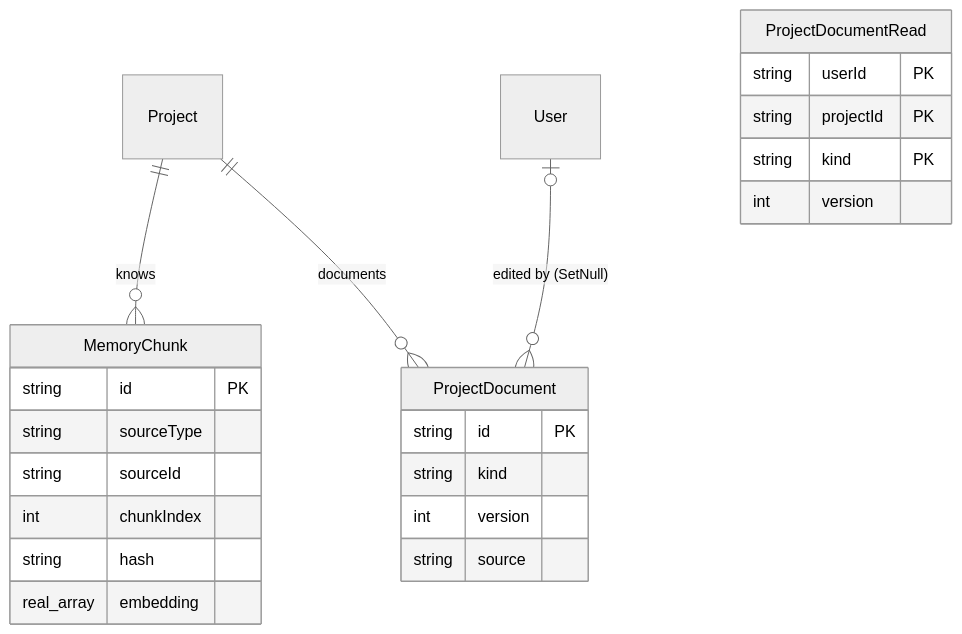
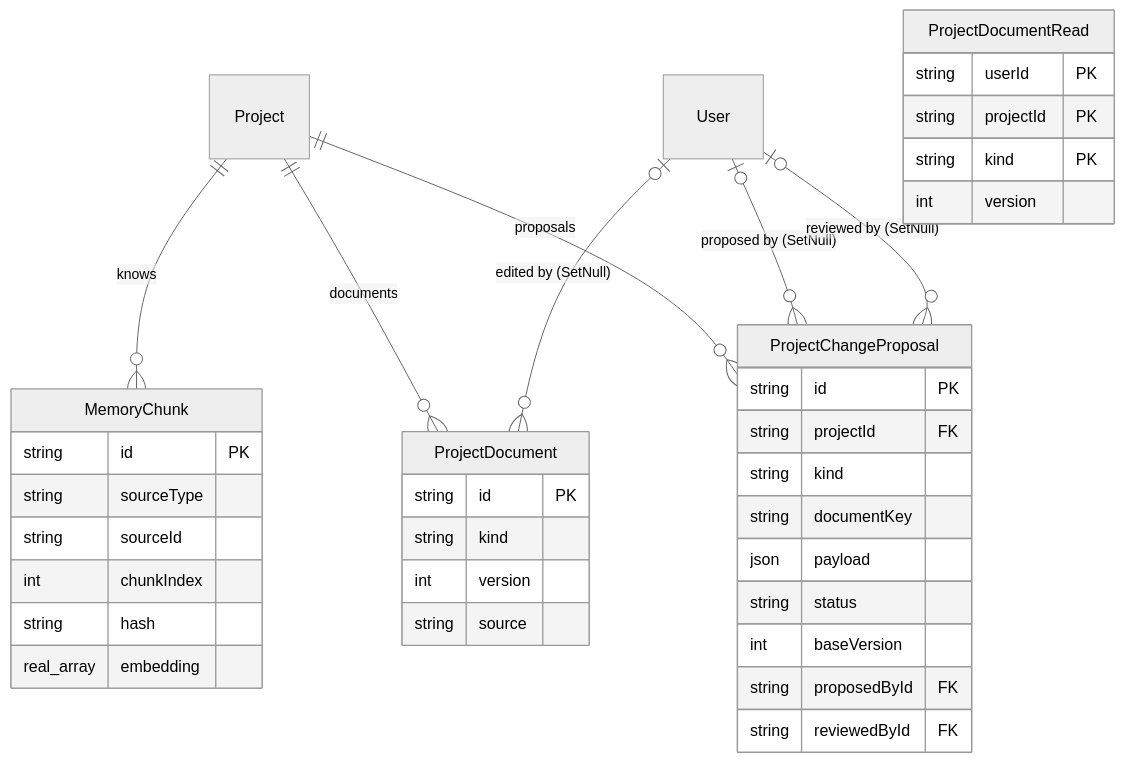
Before and after one commit to Prathameshppawar/taskforge: the tenth of 12 diagrams in docs/ER-DIAGRAM.md, drawn with Mermaid (neutral theme). The commit also changed other lines of this file and 9 other files, not shown here.

First line of the commit message:
docs: project documents, change proposals and the new tools

````diff
--- a/docs/ER-DIAGRAM.md
+++ b/docs/ER-DIAGRAM.md
@@ -577,27 +578,41 @@
 ```mermaid
 erDiagram
   Project ||--o{ MemoryChunk : knows
   Project ||--o{ ProjectDocument : documents
   User |o--o{ ProjectDocument : "edited by (SetNull)"
+  Project ||--o{ ProjectChangeProposal : proposals
+  User |o--o{ ProjectChangeProposal : "proposed by (SetNull)"
+  User |o--o{ ProjectChangeProposal : "reviewed by (SetNull)"
 
   MemoryChunk {
     string id PK
     string sourceType
     string sourceId
     int chunkIndex
     string hash
     real_array embedding
   }
   ProjectDocument {
     string id PK
     string kind
     int version
     string source
   }
+  ProjectChangeProposal {
+    string id PK
+    string projectId FK
+    string kind
+    string documentKey
+    json payload
+    string status
+    int baseVersion
+    string proposedById FK
+    string reviewedById FK
+  }
   ProjectDocumentRead {
     string userId PK
     string projectId PK
     string kind PK
     int version
   }
 ```
````
